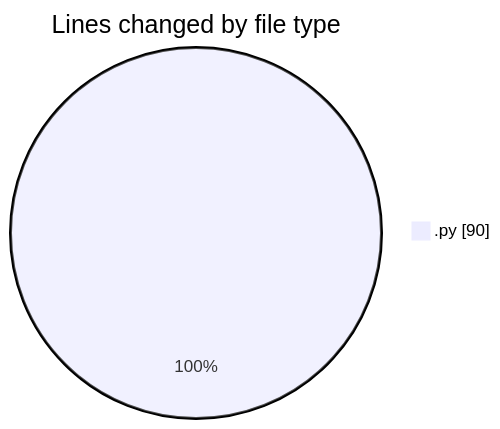
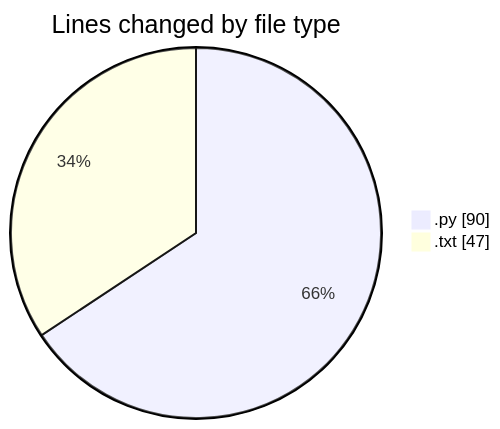
Before and after one commit to momahboobian/code-tracking: the first of 2 diagrams in 2025-02-19/samplepdf/README.md, drawn with Mermaid. The commit also changed other lines of this file and 1 other file, not shown here.

````diff
--- a/2025-02-19/samplepdf/README.md
+++ b/2025-02-19/samplepdf/README.md
@@ -20,5 +21,6 @@
 ```mermaid
 pie showData
 title Lines changed by file type
 ".py" : 90
+".txt" : 47
 ```
````
